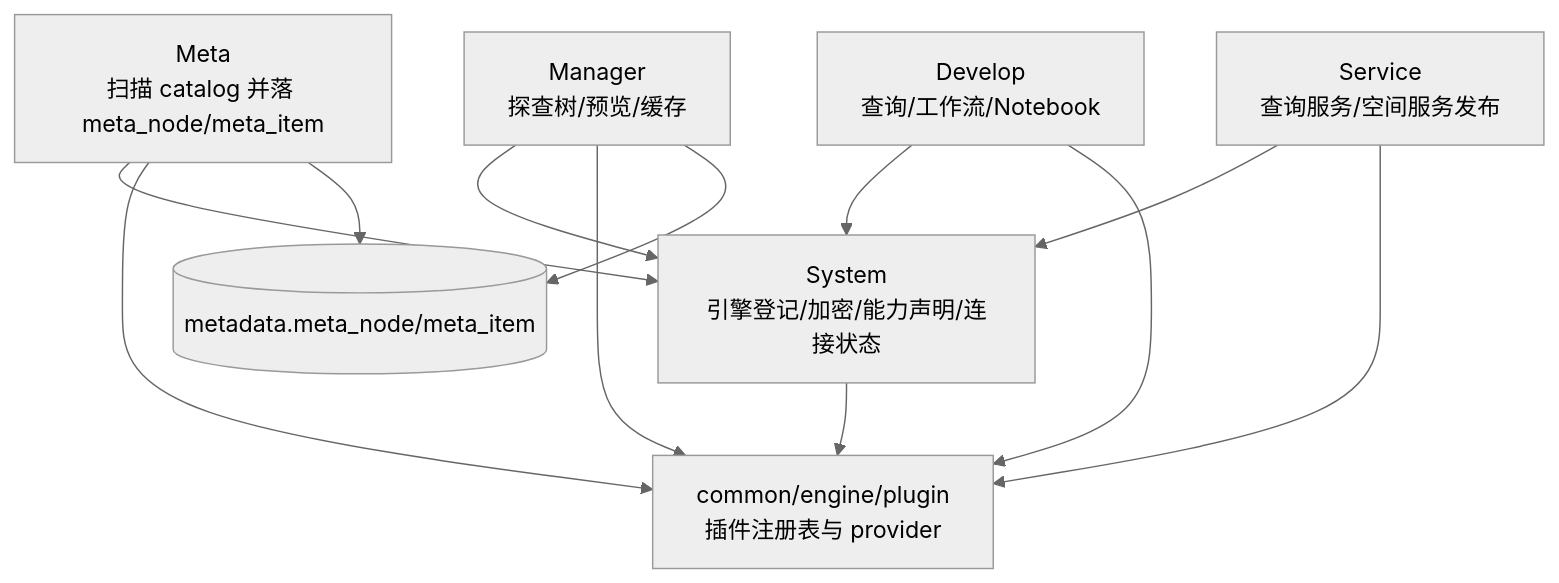
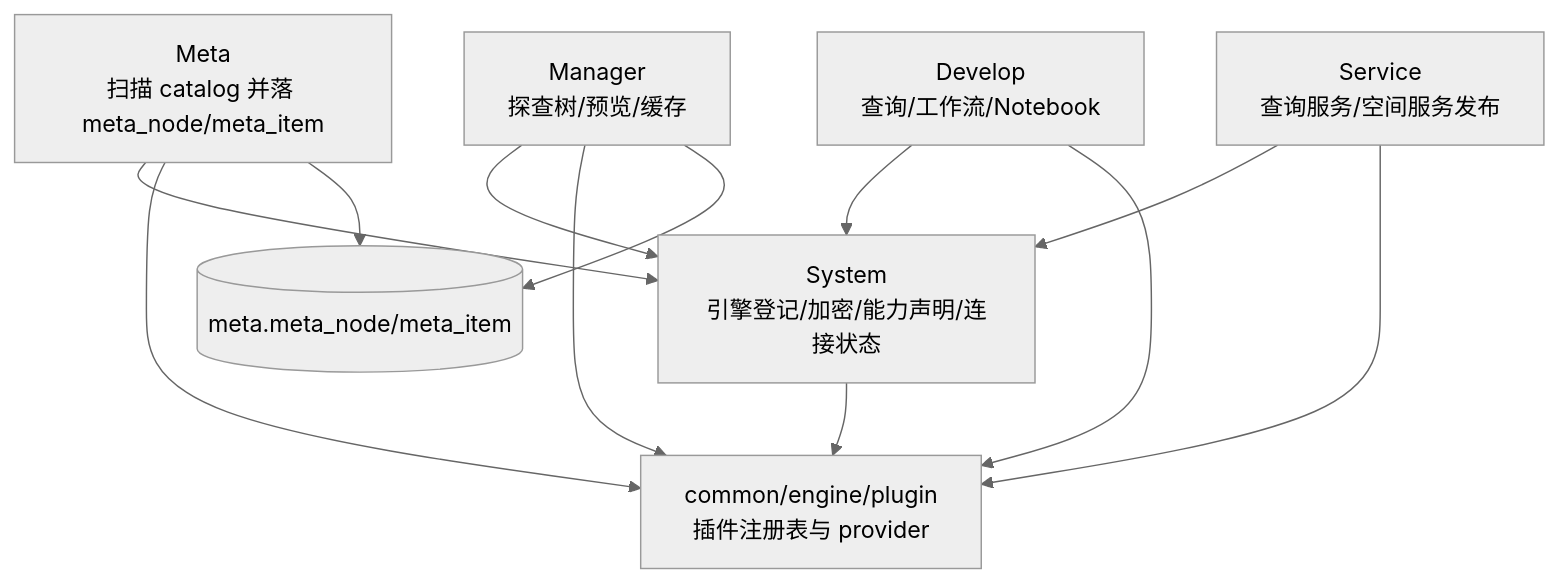
The first of 2 diagrams in docs/concepts/addp引擎体系图.md (pampa0629/addp), drawn with Mermaid (neutral theme) before and after one commit. The commit also changed other lines of this file and 300 other files, not shown here.

````diff
--- a/docs/concepts/addp引擎体系图.md
+++ b/docs/concepts/addp引擎体系图.md
@@ -37,23 +37,23 @@
 ```mermaid
 graph TB
     System[System<br/>引擎登记/加密/能力声明/连接状态]
     Common[common/engine/plugin<br/>插件注册表与 provider]
     Meta[Meta<br/>扫描 catalog 并落 meta_node/meta_item]
     Manager[Manager<br/>探查树/预览/缓存]
     Develop[Develop<br/>查询/工作流/Notebook]
     Service[Service<br/>查询服务/空间服务发布]
 
     System --> Common
     Meta --> System
     Manager --> System
     Develop --> System
     Service --> System
 
     Meta --> Common
     Manager --> Common
     Develop --> Common
     Service --> Common
 
-    Meta --> MetaStore[(metadata.meta_node/meta_item)]
+    Meta --> MetaStore[(meta.meta_node/meta_item)]
     Manager --> MetaStore
 ```
````
